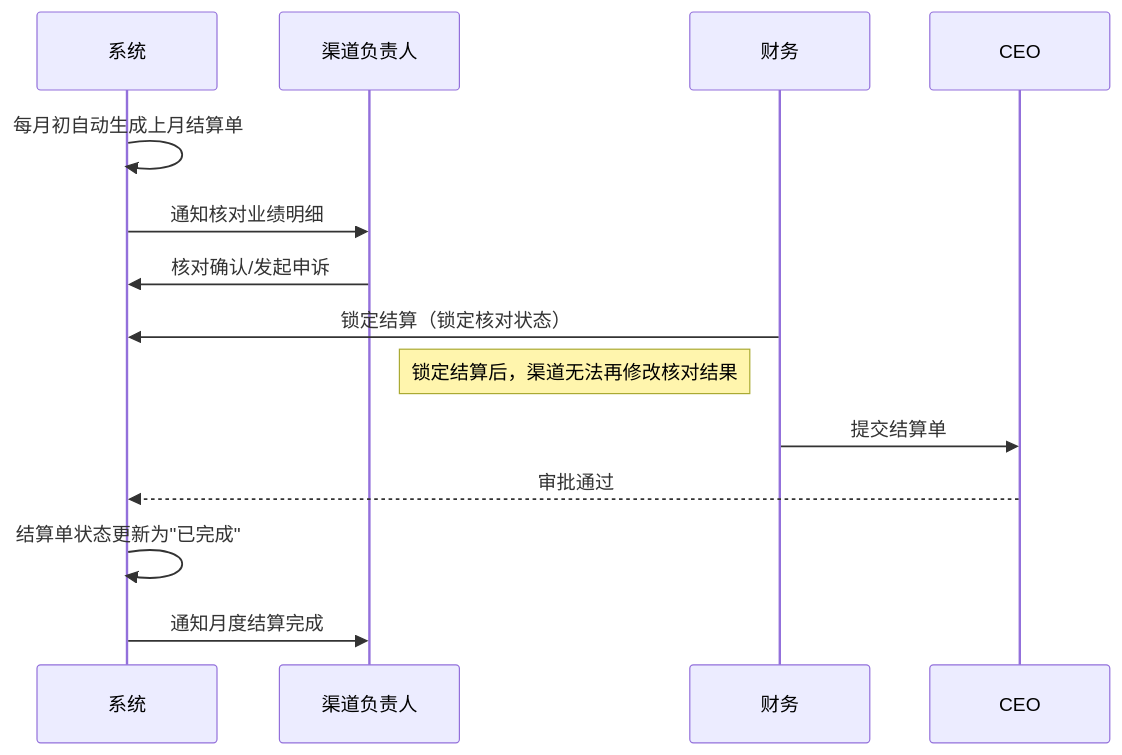
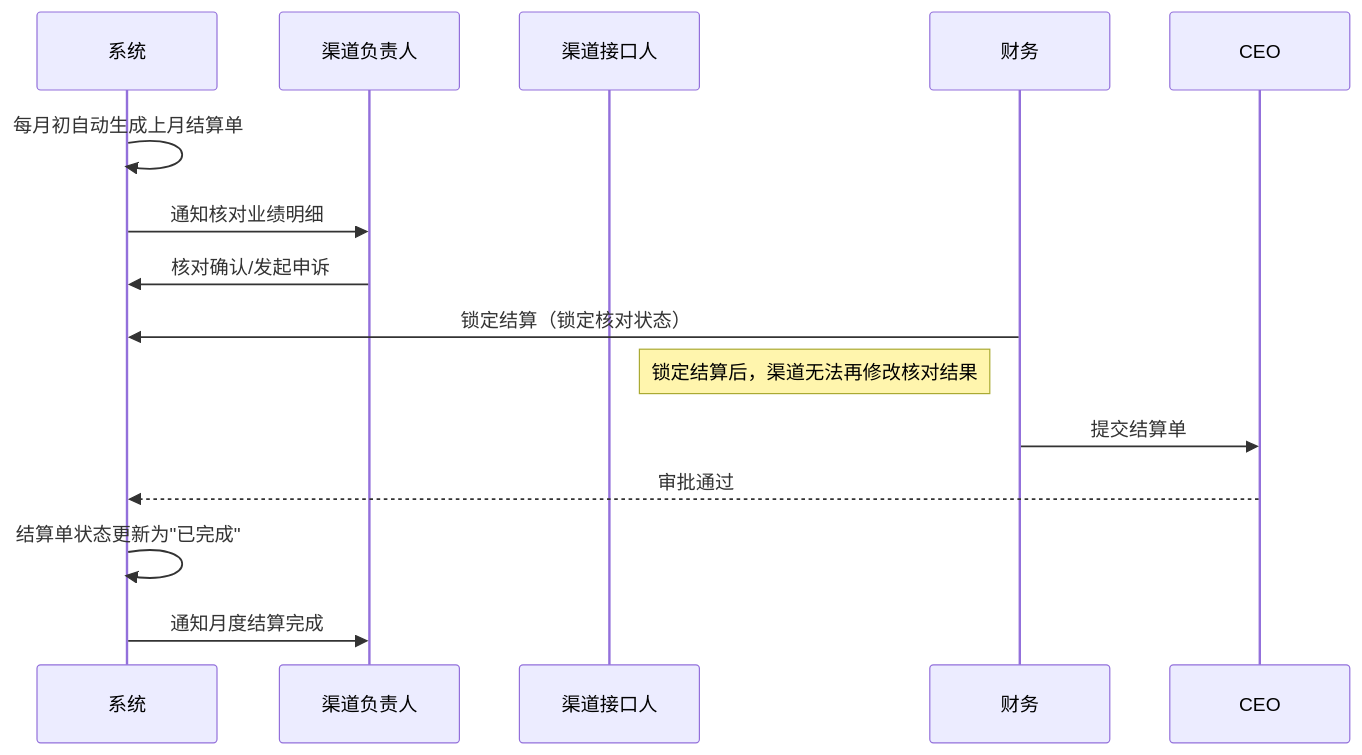
One commit to njwander/channel-demo changed the fourth of 4 diagrams in docs/business-rules.md. Above: the diagram before and after it, drawn with Mermaid. The commit also changed other lines of this file and 3 other files, not shown here.

````diff
--- a/docs/business-rules.md
+++ b/docs/business-rules.md
@@ -212,17 +230,18 @@
 ```mermaid
 sequenceDiagram
     participant 系统
     participant 渠道负责人
+    participant 渠道接口人
     participant 财务
     participant CEO
 
     系统->>系统: 每月初自动生成上月结算单
     系统->>渠道负责人: 通知核对业绩明细
     渠道负责人->>系统: 核对确认/发起申诉
     财务->>系统: 锁定结算（锁定核对状态）
     Note left of 财务: 锁定结算后，渠道无法再修改核对结果
     财务->>CEO: 提交结算单
     CEO-->>系统: 审批通过
     系统->>系统: 结算单状态更新为"已完成"
     系统->>渠道负责人: 通知月度结算完成
 ```
````
